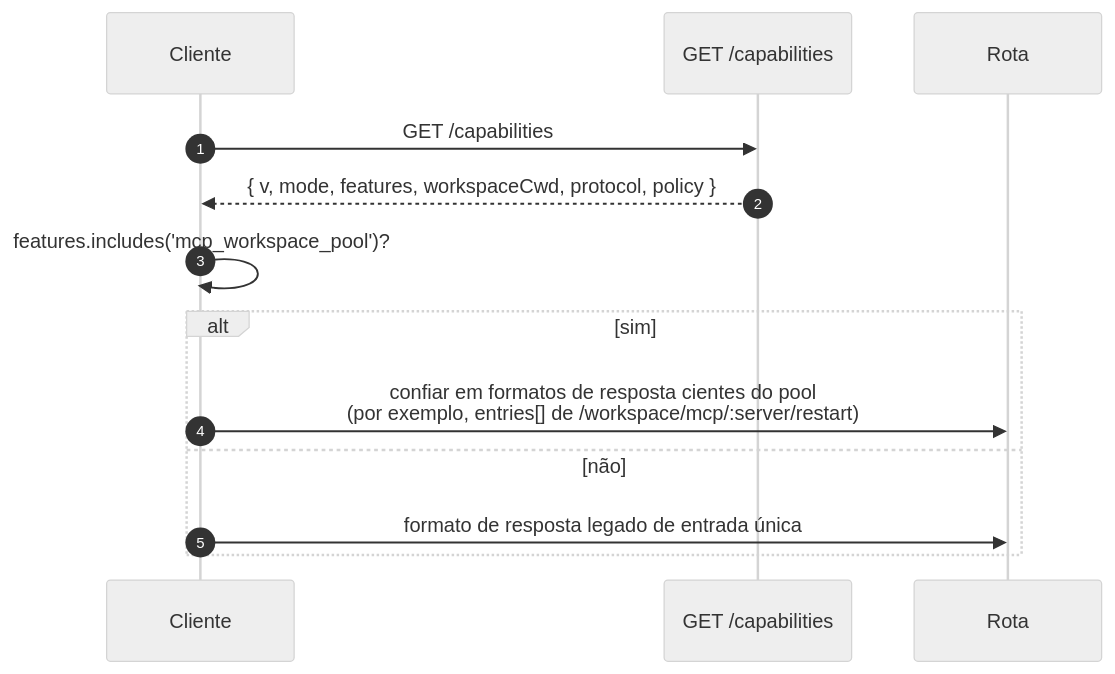
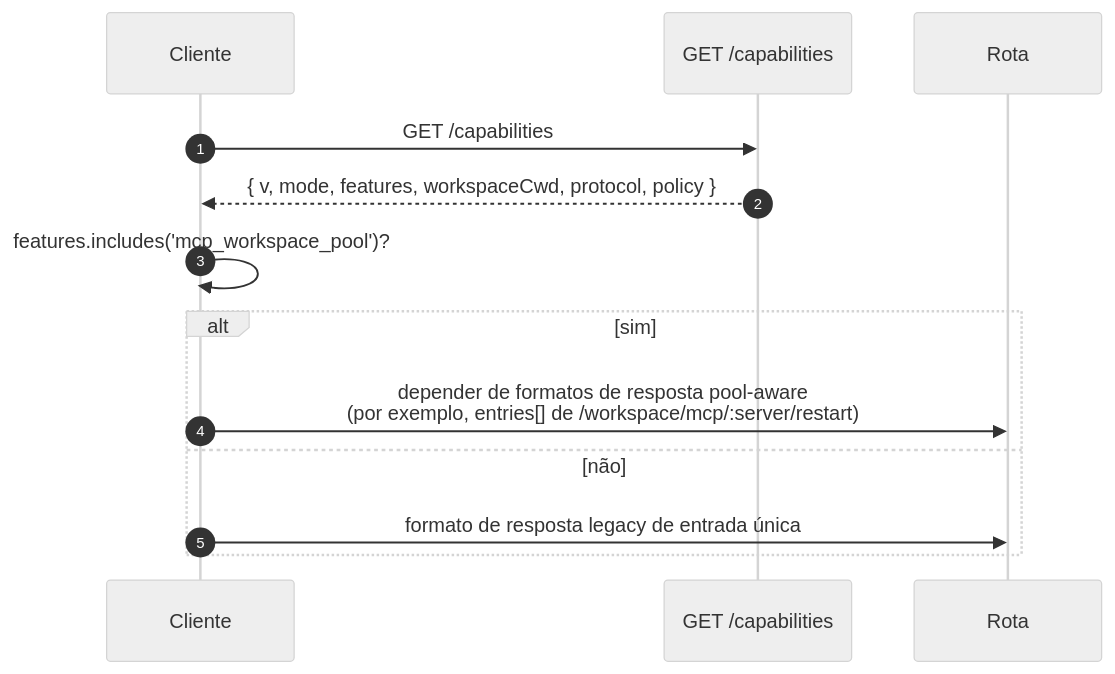
The second of 2 diagrams in website/content/pt-BR/developers/daemon/11-capabilities-versioning.md (QwenLM/qwen-code-docs), drawn with Mermaid (neutral theme) before and after one commit. The commit also changed other lines of this file and 128 other files, not shown here.

````diff
--- a/website/content/pt-BR/developers/daemon/11-capabilities-versioning.md
+++ b/website/content/pt-BR/developers/daemon/11-capabilities-versioning.md
@@ -142,16 +142,16 @@
 ```mermaid
 sequenceDiagram
     autonumber
     participant C as Cliente
     participant D as GET /capabilities
     participant R as Rota
 
     C->>D: GET /capabilities
     D-->>C: { v, mode, features, workspaceCwd, protocol, policy }
     C->>C: features.includes('mcp_workspace_pool')?
     alt sim
-        C->>R: confiar em formatos de resposta cientes do pool<br/>(por exemplo, entries[] de /workspace/mcp/:server/restart)
+        C->>R: depender de formatos de resposta pool-aware<br/>(por exemplo, entries[] de /workspace/mcp/:server/restart)
     else não
-        C->>R: formato de resposta legado de entrada única
+        C->>R: formato de resposta legacy de entrada única
     end
 ```
````
